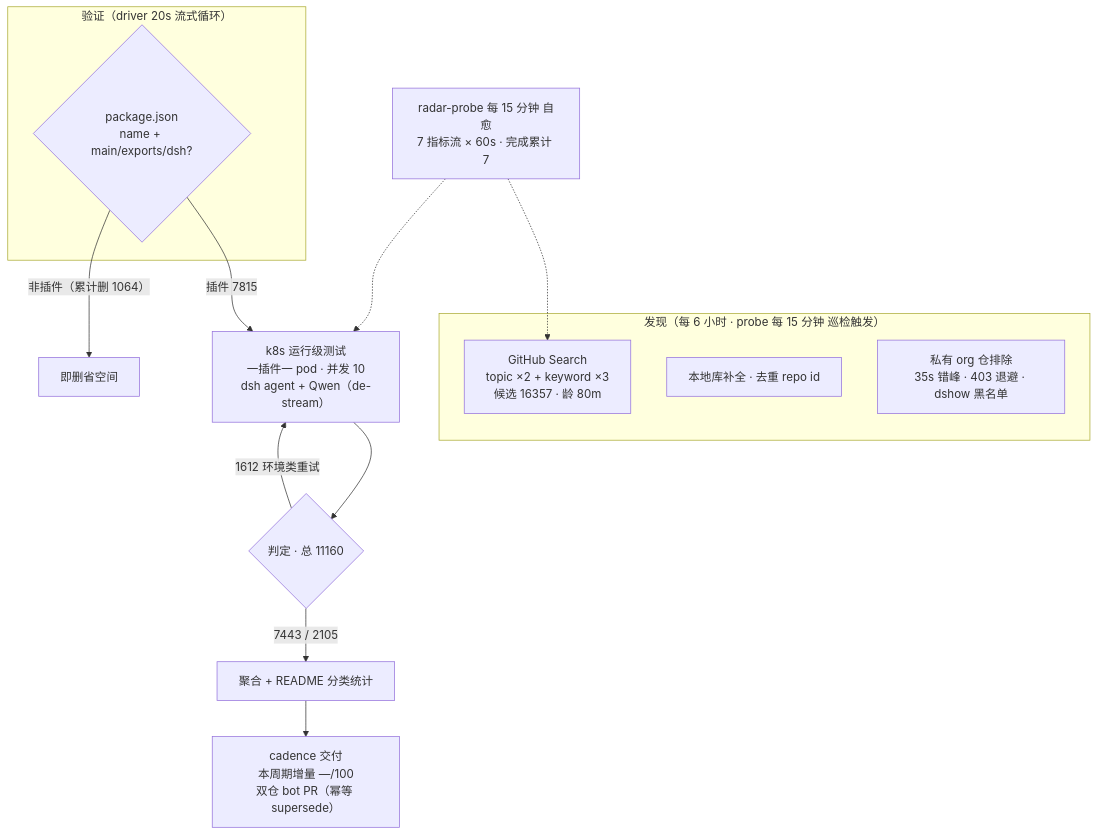
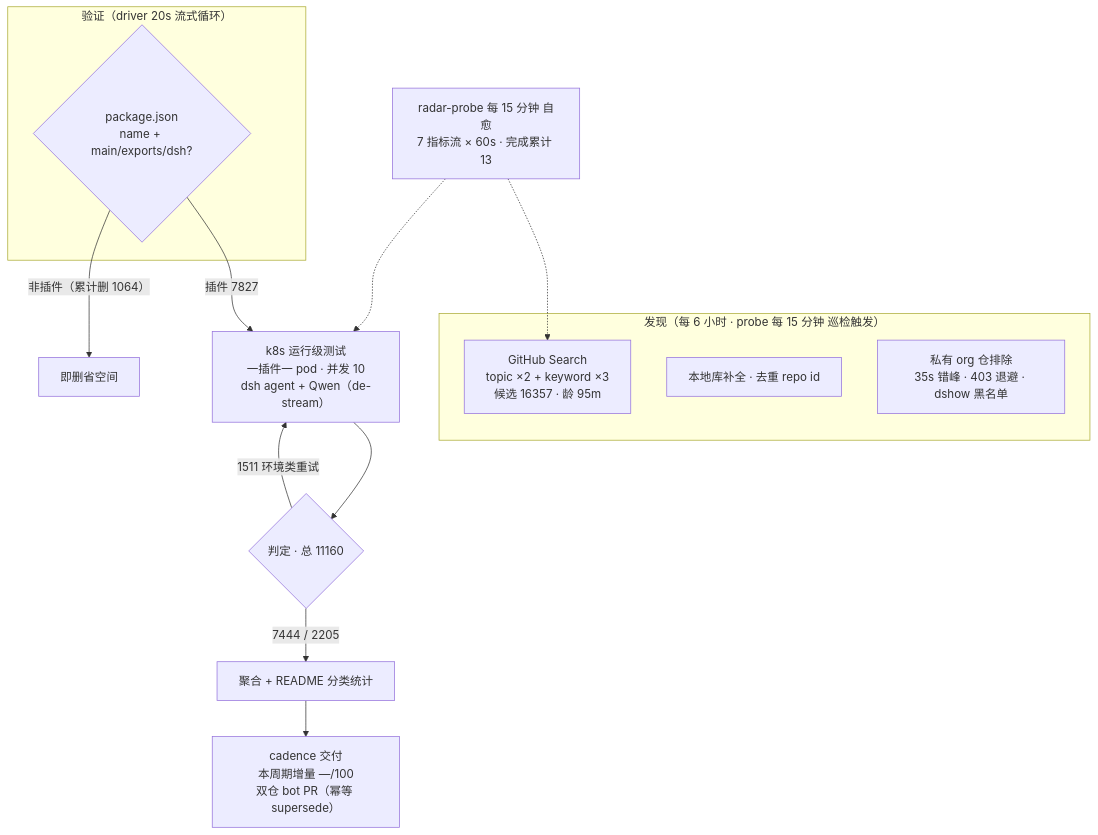
The diagram in README.md (Zhidao-Lab-OSS/awesome-dsh-plugins), drawn with Mermaid before and after one commit. The commit also changed other lines of this file and 1 other file, not shown here.

````diff
--- a/README.md
+++ b/README.md
@@ -52,20 +52,20 @@
 ```mermaid
 flowchart TB
     subgraph Discovery["发现（每 6 小时 · probe 每 15 分钟 巡检触发）"]
-        A1["GitHub Search<br/>topic ×2 + keyword ×3<br/>候选 16357 · 龄 80m"]
+        A1["GitHub Search<br/>topic ×2 + keyword ×3<br/>候选 16357 · 龄 95m"]
         A2["本地库补全 · 去重 repo id"]
         A3["私有 org 仓排除<br/>35s 错峰 · 403 退避 · dshow 黑名单"]
     end
     subgraph Validation["验证（driver 20s 流式循环）"]
         B1{"package.json<br/>name + main/exports/dsh?"}
     end
-    B1 -->|"插件 7815"| C1["k8s 运行级测试<br/>一插件一 pod · 并发 10<br/>dsh agent + Qwen（de-stream）"]
+    B1 -->|"插件 7827"| C1["k8s 运行级测试<br/>一插件一 pod · 并发 10<br/>dsh agent + Qwen（de-stream）"]
     B1 -->|"非插件（累计删 1064）"| B3["即删省空间"]
     C1 --> D1{"判定 · 总 11160"}
-    D1 -->|"7443 / 2105"| E1["聚合 + README 分类统计"]
-    D1 -->|"1612 环境类重试"| C1
+    D1 -->|"7444 / 2205"| E1["聚合 + README 分类统计"]
+    D1 -->|"1511 环境类重试"| C1
     E1 --> E2["cadence 交付<br/>本周期增量 —/100<br/>双仓 bot PR（幂等 supersede）"]
-    M["radar-probe 每 15 分钟 自愈<br/>7 指标流 × 60s · 完成累计 7"]
+    M["radar-probe 每 15 分钟 自愈<br/>7 指标流 × 60s · 完成累计 13"]
     M -.-> A1
     M -.-> C1
 ```
````
